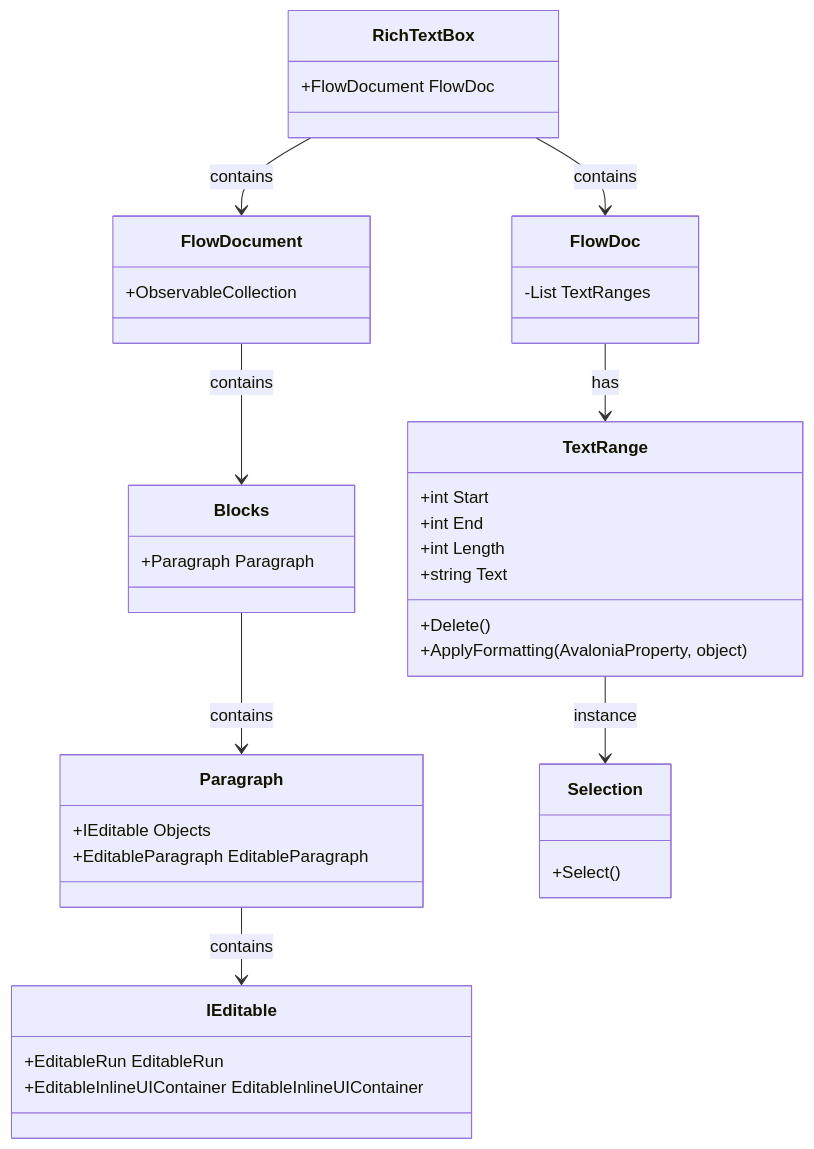
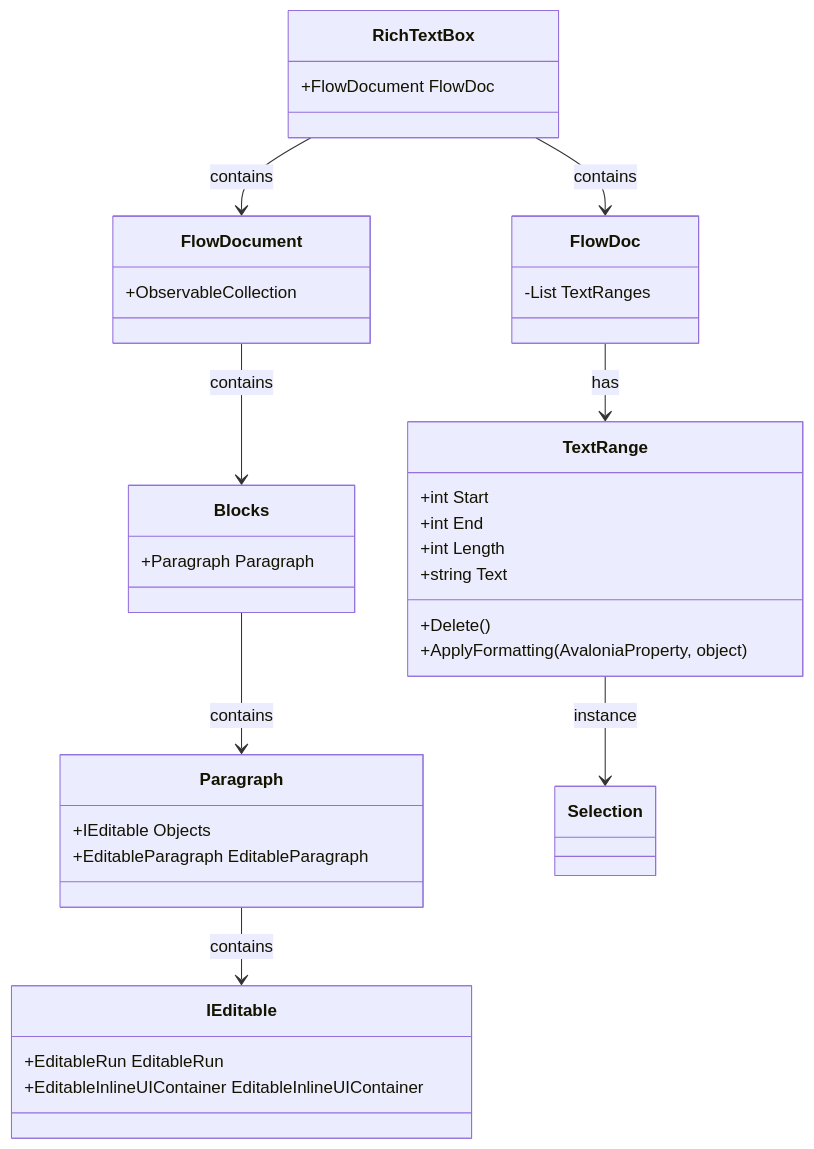
Before and after one commit to cuikp/AvRichTextBox: the diagram in README.md, drawn with Mermaid.

Commit message:
Update project files

````diff
--- a/README.md
+++ b/README.md
@@ -13,43 +13,42 @@
 ```mermaid
 classDiagram
     class RichTextBox{
         +FlowDocument FlowDoc
     }
     class FlowDocument{
         +ObservableCollection<Blocks>
     }
     class FlowDoc{
         -List<TextRange> TextRanges
     }
     class Blocks{
         +Paragraph Paragraph
     }
     class Paragraph{
         +IEditable Objects
         +EditableParagraph EditableParagraph
     }
     class IEditable{
         +EditableRun EditableRun
         +EditableInlineUIContainer EditableInlineUIContainer
     }
     class Selection{
-        +Select()
     }
     class TextRange{
         +int Start
         +int End
         +int Length
         +Delete()
         +string Text
         +ApplyFormatting(AvaloniaProperty,  object)
     }
 
     RichTextBox --> FlowDocument : contains
     FlowDocument --> Blocks : contains
     FlowDoc --> TextRange : has
     Blocks --> Paragraph : contains
     Paragraph --> IEditable : contains
     TextRange --> Selection : instance
     RichTextBox --> FlowDoc : contains
 
 ```
````
